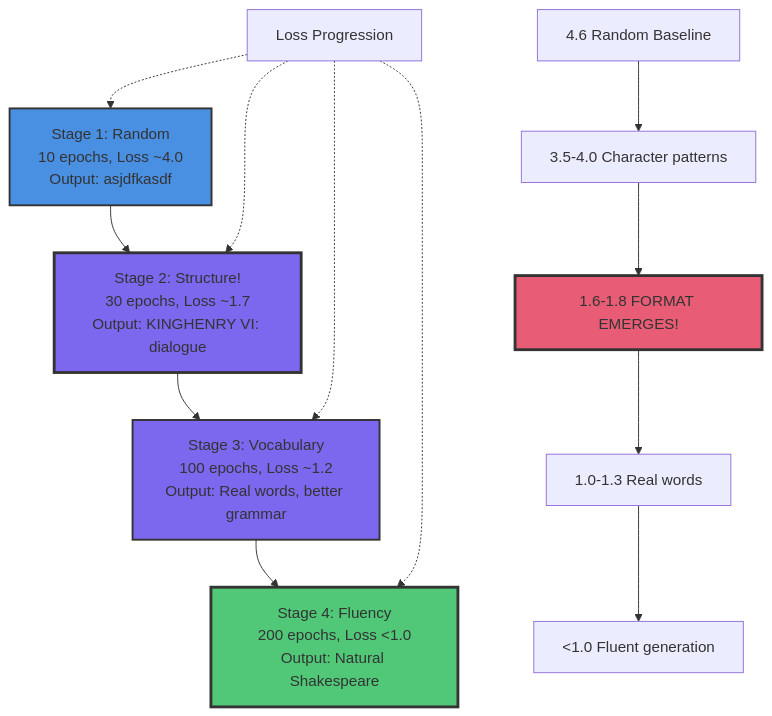
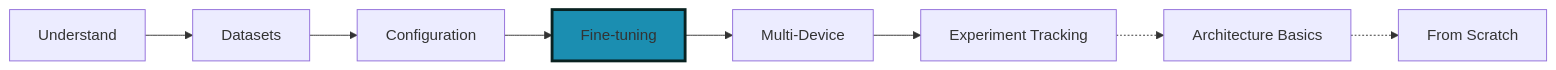
One commit to tenstorrent/tt-vscode-toolkit changed the diagram in content/lessons/ct4-finetuning-basics.md. Above: the diagram before and after it, drawn with Mermaid. The commit also changed other lines of this file and 39 other files, not shown here.

````diff
--- a/content/lessons/ct4-finetuning-basics.md
+++ b/content/lessons/ct4-finetuning-basics.md
@@ -76,24 +52,12 @@
 ```mermaid
-graph TD
-    A[Stage 1: Random<br/>10 epochs, Loss ~4.0<br/>Output: asjdfkasdf] --> B[Stage 2: Structure!<br/>30 epochs, Loss ~1.7<br/>Output: KINGHENRY VI: dialogue]
+graph LR
+    A[Understand] --> B[Datasets]
+    B --> C[Configuration]
+    C --> D[Fine-tuning]
+    D --> E[Multi-Device]
+    E --> F[Experiment Tracking]
+    F -.-> G[Architecture Basics]
+    G -.-> H[From Scratch]
 
-    B --> C[Stage 3: Vocabulary<br/>100 epochs, Loss ~1.2<br/>Output: Real words, better grammar]
-
-    C --> D[Stage 4: Fluency<br/>200 epochs, Loss <1.0<br/>Output: Natural Shakespeare]
-
-    E[Loss Progression] -.-> A
-    E -.-> B
-    E -.-> C
-    E -.-> D
-
-    F[4.6 Random Baseline] --> G[3.5-4.0 Character patterns]
-    G --> H[1.6-1.8 FORMAT EMERGES!]
-    H --> I[1.0-1.3 Real words]
-    I --> J[<1.0 Fluent generation]
-
-    style A fill:#4A90E2,stroke:#333,stroke-width:2px
-    style B fill:#7B68EE,stroke:#333,stroke-width:3px
-    style C fill:#7B68EE,stroke:#333,stroke-width:2px
-    style D fill:#50C878,stroke:#333,stroke-width:3px
-    style H fill:#E85D75,stroke:#333,stroke-width:3px
+    style D fill:#1B8EB1,stroke:#092221,stroke-width:3px
 ```
````
